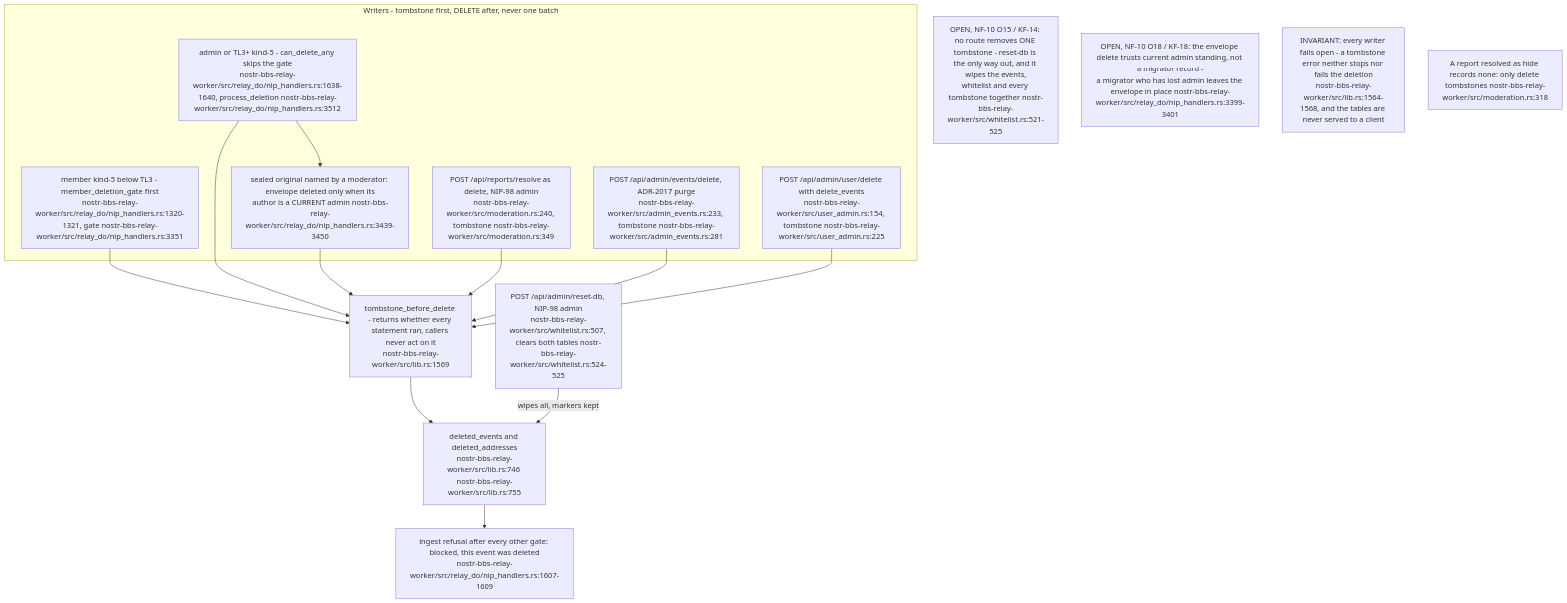
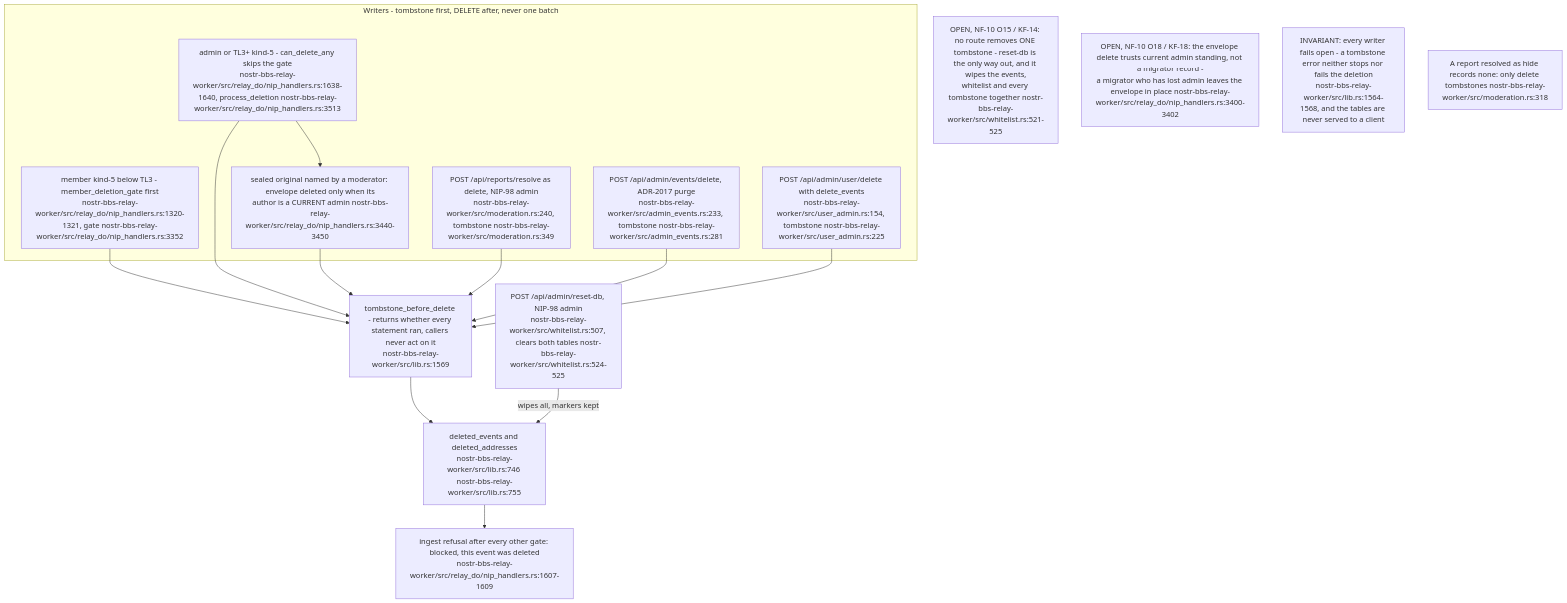
One commit to DreamLab-AI/VisionFlow changed the tenth of 15 diagrams in docs/diagrams/nostr-rust-forum/08-config-zones-stores-and-admin-authority.md. Above: the diagram before and after it, drawn with Mermaid. The commit also changed other lines of this file and 18 other files, not shown here.

First line of the commit message:
docs(diagrams): freeze panels for fixed defects and add successors at the fix revisions

````diff
--- a/docs/diagrams/nostr-rust-forum/08-config-zones-stores-and-admin-authority.md
+++ b/docs/diagrams/nostr-rust-forum/08-config-zones-stores-and-admin-authority.md
@@ -393,29 +396,29 @@
 ```mermaid
 flowchart TB
     subgraph writers["Writers - tombstone first, DELETE after, never one batch"]
-        K5["member kind-5 below TL3 - member_deletion_gate first<br/>nostr-bbs-relay-worker/src/relay_do/nip_handlers.rs:1320-1321, gate nostr-bbs-relay-worker/src/relay_do/nip_handlers.rs:3351"]
-        K5ANY["admin or TL3+ kind-5 - can_delete_any skips the gate<br/>nostr-bbs-relay-worker/src/relay_do/nip_handlers.rs:1638-1640, process_deletion nostr-bbs-relay-worker/src/relay_do/nip_handlers.rs:3512"]
-        ENV["sealed original named by a moderator: envelope deleted only when its<br/>author is a CURRENT admin nostr-bbs-relay-worker/src/relay_do/nip_handlers.rs:3439-3450"]
+        K5["member kind-5 below TL3 - member_deletion_gate first<br/>nostr-bbs-relay-worker/src/relay_do/nip_handlers.rs:1320-1321, gate nostr-bbs-relay-worker/src/relay_do/nip_handlers.rs:3352"]
+        K5ANY["admin or TL3+ kind-5 - can_delete_any skips the gate<br/>nostr-bbs-relay-worker/src/relay_do/nip_handlers.rs:1638-1640, process_deletion nostr-bbs-relay-worker/src/relay_do/nip_handlers.rs:3513"]
+        ENV["sealed original named by a moderator: envelope deleted only when its<br/>author is a CURRENT admin nostr-bbs-relay-worker/src/relay_do/nip_handlers.rs:3440-3450"]
         REP["POST /api/reports/resolve as delete, NIP-98 admin<br/>nostr-bbs-relay-worker/src/moderation.rs:240, tombstone nostr-bbs-relay-worker/src/moderation.rs:349"]
         PURGE["POST /api/admin/events/delete, ADR-2017 purge<br/>nostr-bbs-relay-worker/src/admin_events.rs:233, tombstone nostr-bbs-relay-worker/src/admin_events.rs:281"]
         USR["POST /api/admin/user/delete with delete_events<br/>nostr-bbs-relay-worker/src/user_admin.rs:154, tombstone nostr-bbs-relay-worker/src/user_admin.rs:225"]
     end
     TB["deleted_events and deleted_addresses<br/>nostr-bbs-relay-worker/src/lib.rs:746 nostr-bbs-relay-worker/src/lib.rs:755"]
     FN["tombstone_before_delete - returns whether every statement ran, callers never act on it<br/>nostr-bbs-relay-worker/src/lib.rs:1569"]
     ING["ingest refusal after every other gate: blocked, this event was deleted<br/>nostr-bbs-relay-worker/src/relay_do/nip_handlers.rs:1607-1609"]
     RESET["POST /api/admin/reset-db, NIP-98 admin<br/>nostr-bbs-relay-worker/src/whitelist.rs:507, clears both tables nostr-bbs-relay-worker/src/whitelist.rs:524-525"]
 
     K5 --> FN
     K5ANY --> FN
     K5ANY --> ENV --> FN
     REP --> FN
     PURGE --> FN
     USR --> FN
     FN --> TB --> ING
     RESET -->|"wipes all, markers kept"| TB
 
     N1["OPEN, NF-10 O15 / KF-14: no route removes ONE tombstone - reset-db is the only way out, and it wipes the events,<br/>whitelist and every tombstone together nostr-bbs-relay-worker/src/whitelist.rs:521-525"]
-    N2["OPEN, NF-10 O18 / KF-18: the envelope delete trusts current admin standing, not a migrator record -<br/>a migrator who has lost admin leaves the envelope in place nostr-bbs-relay-worker/src/relay_do/nip_handlers.rs:3399-3401"]
+    N2["OPEN, NF-10 O18 / KF-18: the envelope delete trusts current admin standing, not a migrator record -<br/>a migrator who has lost admin leaves the envelope in place nostr-bbs-relay-worker/src/relay_do/nip_handlers.rs:3400-3402"]
     N3["INVARIANT: every writer fails open - a tombstone error neither stops nor fails the deletion<br/>nostr-bbs-relay-worker/src/lib.rs:1564-1568, and the tables are never served to a client"]
     N4["A report resolved as hide records none: only delete tombstones nostr-bbs-relay-worker/src/moderation.rs:318"]
 ```
````
